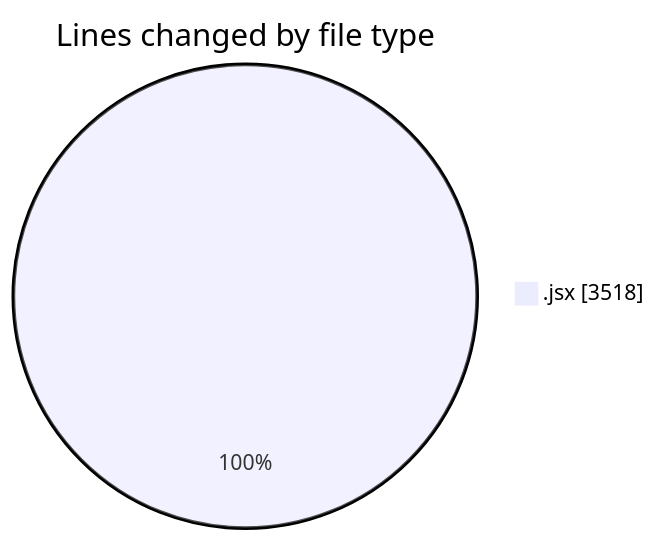
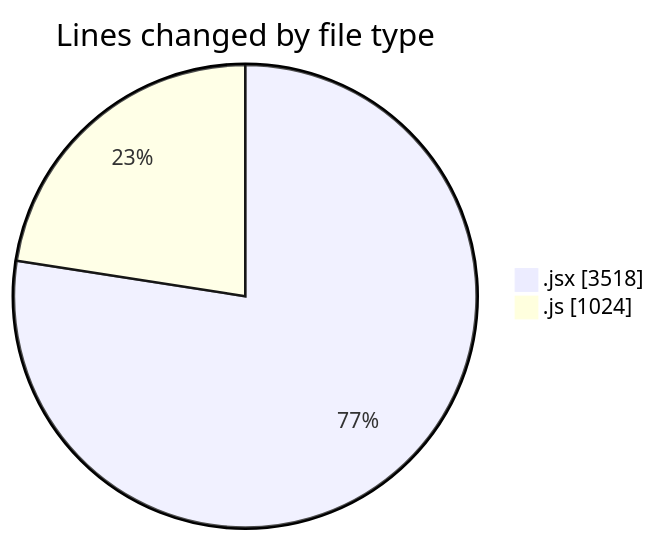
Before and after one commit to nxtqubesakshisongat/code-tracking: the first of 2 diagrams in 2025-12-07/nxtqube_webapp/README.md, drawn with Mermaid. The commit also changed other lines of this file and 1 other file, not shown here.

````diff
--- a/2025-12-07/nxtqube_webapp/README.md
+++ b/2025-12-07/nxtqube_webapp/README.md
@@ -21,5 +22,6 @@
 ```mermaid
 pie showData
 title Lines changed by file type
 ".jsx" : 3518
+".js" : 1024
 ```
````
